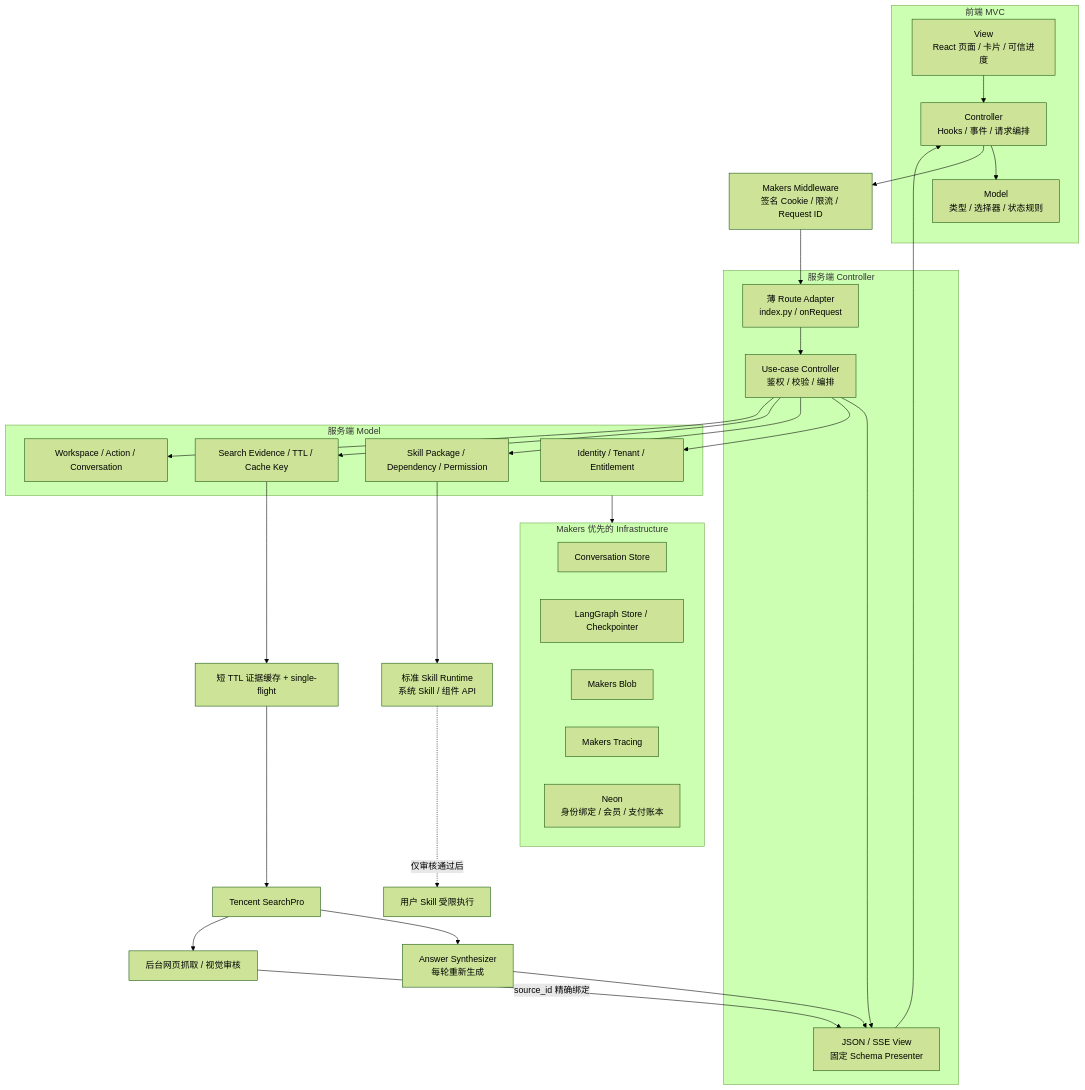
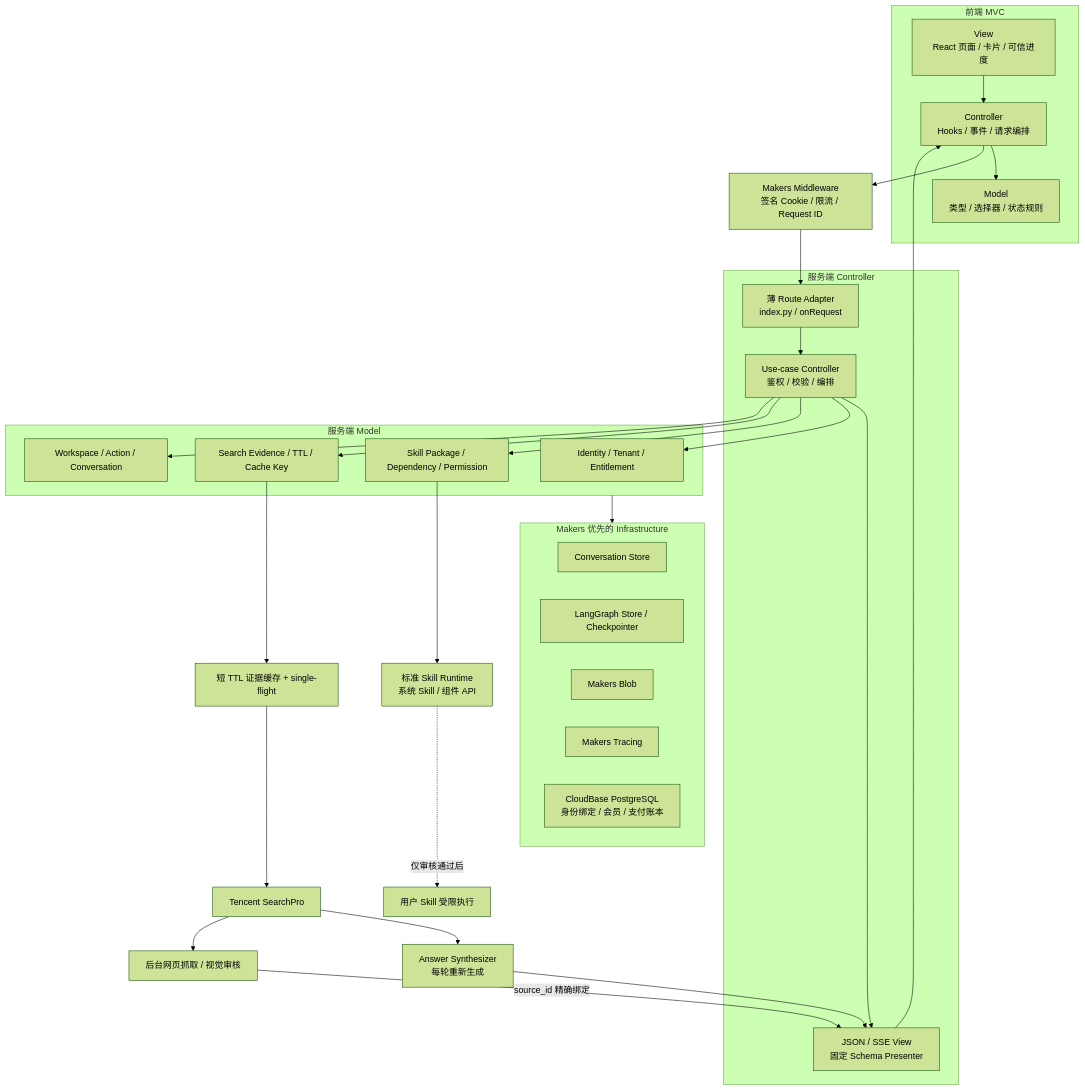
The third of 7 diagrams in ARCHITECTURE_PLAN.md (wangjr20210114-hue/-ai-), drawn with Mermaid (forest theme) before and after one commit. The commit also changed other lines of this file and 32 other files, not shown here.

Commit message:
feat(auth): add CloudBase email and GitHub login

````diff
--- a/ARCHITECTURE_PLAN.md
+++ b/ARCHITECTURE_PLAN.md
@@ -166,51 +166,51 @@
 ```mermaid
 flowchart TB
     subgraph FV["前端 MVC"]
         V["View<br/>React 页面 / 卡片 / 可信进度"]
         FC["Controller<br/>Hooks / 事件 / 请求编排"]
         FM["Model<br/>类型 / 选择器 / 状态规则"]
         V --> FC
         FC --> FM
     end
 
     FC --> MW["Makers Middleware<br/>签名 Cookie / 限流 / Request ID"]
 
     subgraph BC["服务端 Controller"]
         RA["薄 Route Adapter<br/>index.py / onRequest"]
         UC["Use-case Controller<br/>鉴权 / 校验 / 编排"]
         PV["JSON / SSE View<br/>固定 Schema Presenter"]
         RA --> UC
         UC --> PV
     end
     MW --> RA
     PV --> FC
 
     subgraph BM["服务端 Model"]
         ID["Identity / Tenant / Entitlement"]
         SK["Skill Package / Dependency / Permission"]
         SE["Search Evidence / TTL / Cache Key"]
         WS["Workspace / Action / Conversation"]
     end
     UC --> ID
     UC --> SK
     UC --> SE
     UC --> WS
 
     subgraph INF["Makers 优先的 Infrastructure"]
         CS["Conversation Store"]
         CP["LangGraph Store / Checkpointer"]
         B["Makers Blob"]
         TR["Makers Tracing"]
-        PG["Neon<br/>身份绑定 / 会员 / 支付账本"]
+        PG["CloudBase PostgreSQL<br/>身份绑定 / 会员 / 支付账本"]
     end
     BM --> INF
 
     SK --> SG["标准 Skill Runtime<br/>系统 Skill / 组件 API"]
     SG -. "仅审核通过后" .-> US["用户 Skill 受限执行"]
     SE --> EC["短 TTL 证据缓存 + single-flight"]
     EC --> SP["Tencent SearchPro"]
     SP --> AS["Answer Synthesizer<br/>每轮重新生成"]
     AS --> PV
     SP --> MP["后台网页抓取 / 视觉审核"]
     MP -->|"source_id 精确绑定"| PV
 ```
````
